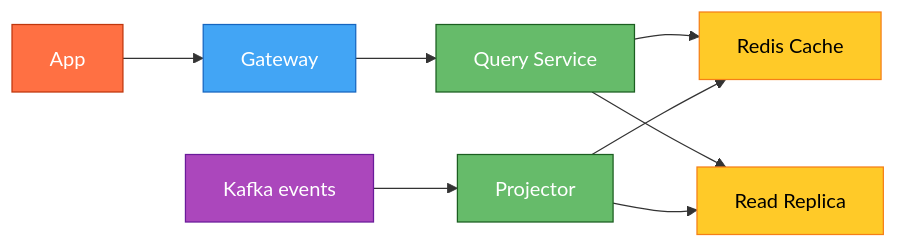
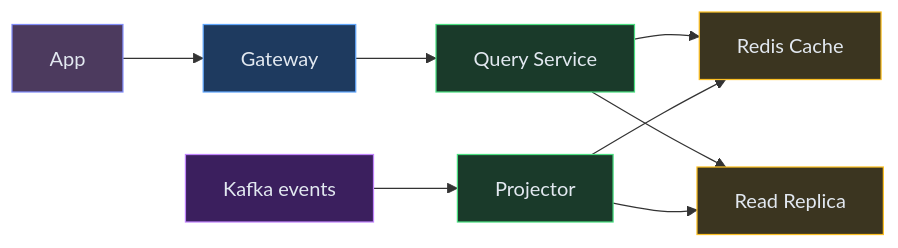
The third of 9 diagrams in content/hld/StockBroker.md (iluzn/HLD-Designs), drawn with Mermaid before and after one commit. The commit also changed other lines of this file and 11 other files, not shown here.

Commit message:
Fix: softer mermaid colors, theme toggle always visible on mobile, consistent across all pages

````diff
--- a/content/hld/StockBroker.md
+++ b/content/hld/StockBroker.md
@@ -229,24 +229,24 @@
 ```mermaid
 flowchart LR
     App["App"]:::client
     GW["Gateway"]:::edge
     QS["Query Service"]:::service
     RC["Redis Cache"]:::data
     RDB["Read Replica"]:::data
     KF["Kafka events"]:::async
     Proj["Projector"]:::service
 
     App --> GW
     GW --> QS
     QS --> RC
     QS --> RDB
     KF --> Proj
     Proj --> RDB
     Proj --> RC
 
-    classDef client fill:#FF7043,stroke:#BF360C,color:#fff
-    classDef edge fill:#42A5F5,stroke:#1565C0,color:#fff
-    classDef service fill:#66BB6A,stroke:#1B5E20,color:#fff
-    classDef async fill:#AB47BC,stroke:#6A1B9A,color:#fff
-    classDef data fill:#FFCA28,stroke:#F57F17,color:#000
+    classDef client fill:#4c3a5e,stroke:#818cf8,color:#e2e8f0
+    classDef edge fill:#1e3a5f,stroke:#60a5fa,color:#e2e8f0
+    classDef service fill:#1a3a2a,stroke:#4ade80,color:#e2e8f0
+    classDef async fill:#3b1f5e,stroke:#c084fc,color:#e2e8f0
+    classDef data fill:#3b3520,stroke:#fbbf24,color:#e2e8f0
 ```
````
